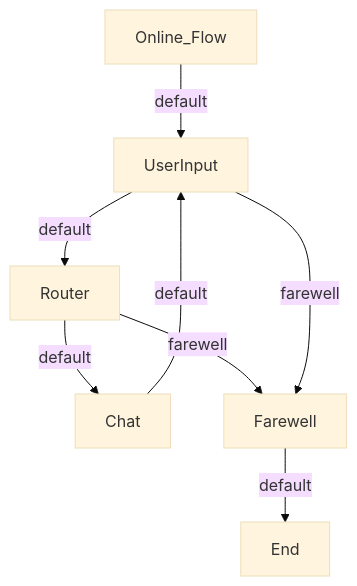
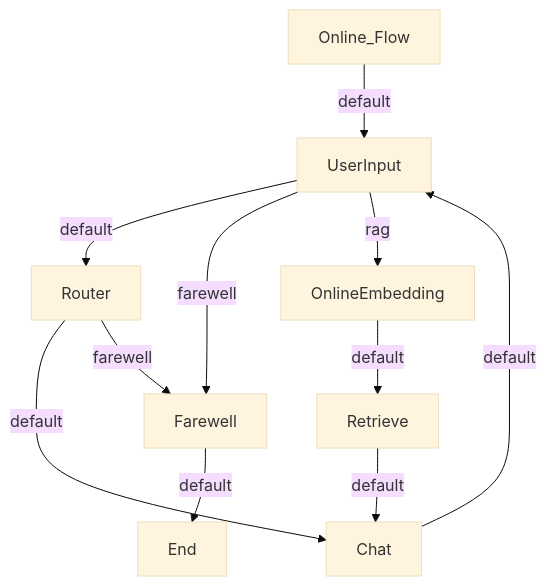
One commit to datanooblol/broverse changed the diagram in examples/rag_systems/online_index.md. Above: the diagram before and after it, drawn with Mermaid (base theme). The commit also changed 15 other files, not shown here.

````diff
--- a/examples/rag_systems/online_index.md
+++ b/examples/rag_systems/online_index.md
@@ -1,10 +1,13 @@
 ```mermaid
 flowchart TD
     Online_Flow -->|default| UserInput
     UserInput -->|default| Router
     Router -->|default| Chat
     Chat -->|default| UserInput
     Router -->|farewell| Farewell
     Farewell -->|default| End
     UserInput -->|farewell| Farewell
+    UserInput -->|rag| OnlineEmbedding
+    OnlineEmbedding -->|default| Retrieve
+    Retrieve -->|default| Chat
 ```
````
